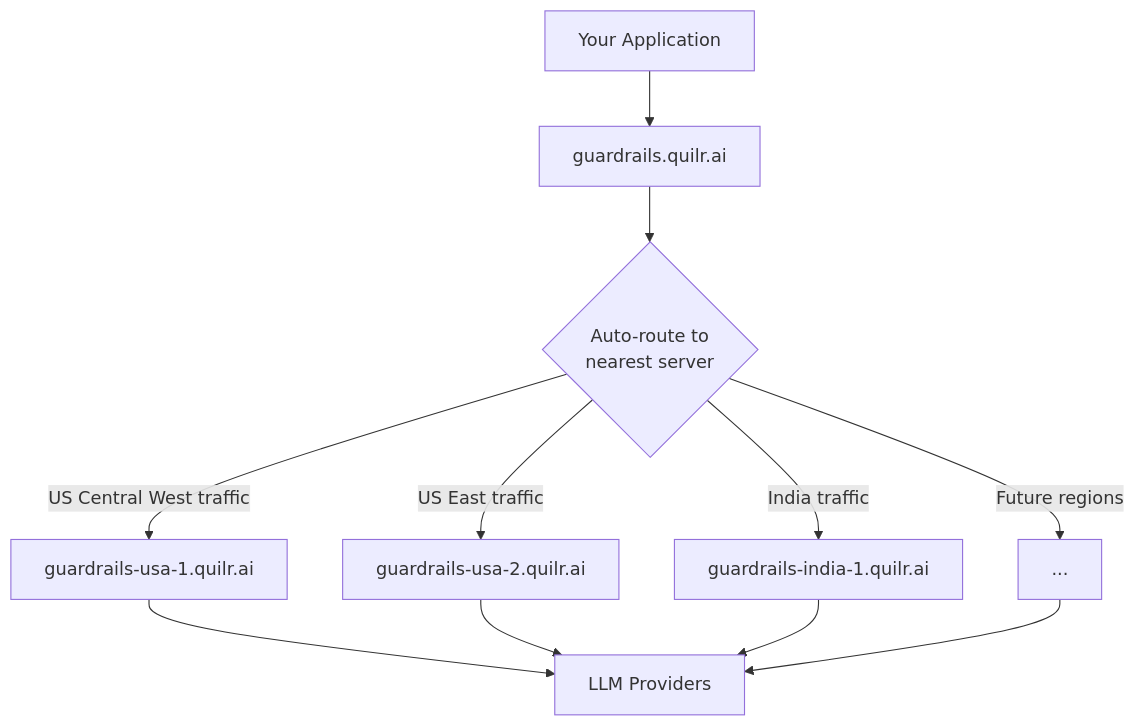
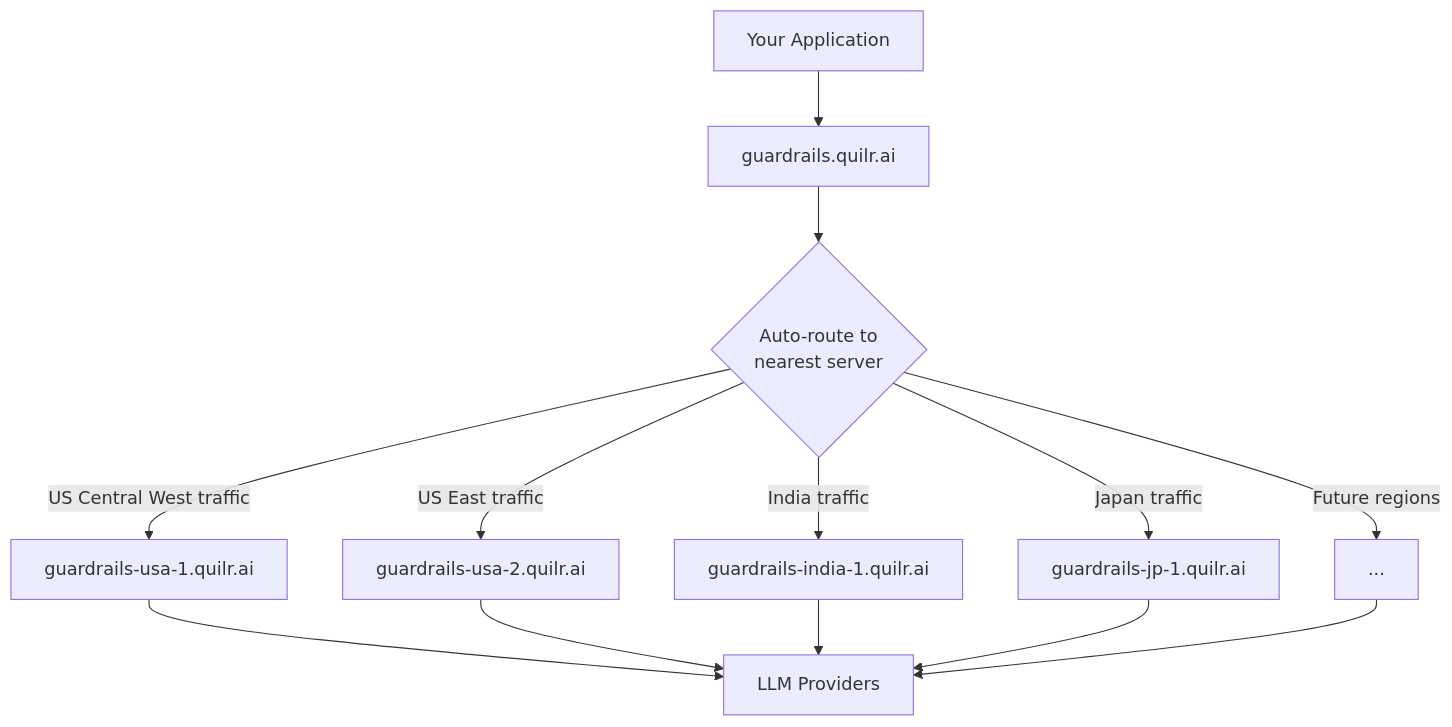
One commit to quilrai/docs changed the diagram in docs/llm-gateway/ha-and-sla.md. Above: the diagram before and after it, drawn with Mermaid. The commit also changed other lines of this file and 3 other files, not shown here.

````diff
--- a/docs/llm-gateway/ha-and-sla.md
+++ b/docs/llm-gateway/ha-and-sla.md
@@ -34,13 +35,15 @@
 ```mermaid
 flowchart TD
     A["Your Application"] --> B["guardrails.quilr.ai"]
     B --> C{"Auto-route to<br/>nearest server"}
     C -->|"US Central West traffic"| D["guardrails-usa-1.quilr.ai"]
     C -->|"US East traffic"| E["guardrails-usa-2.quilr.ai"]
     C -->|"India traffic"| F["guardrails-india-1.quilr.ai"]
+    C -->|"Japan traffic"| I["guardrails-jp-1.quilr.ai"]
     C -->|"Future regions"| H["..."]
     D --> G["LLM Providers"]
     E --> G
     F --> G
+    I --> G
     H --> G
 ```
````
